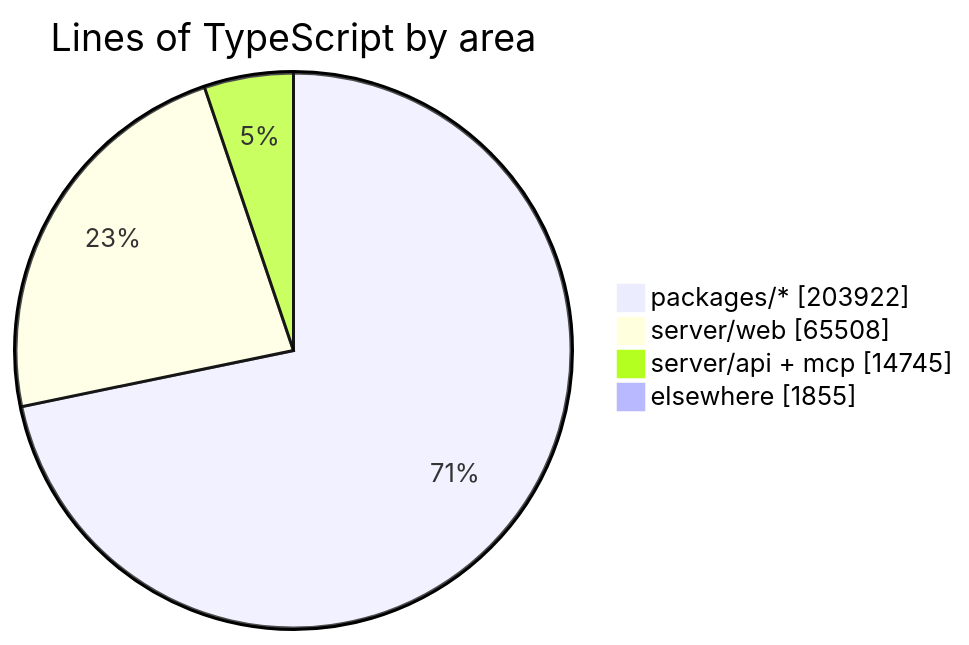
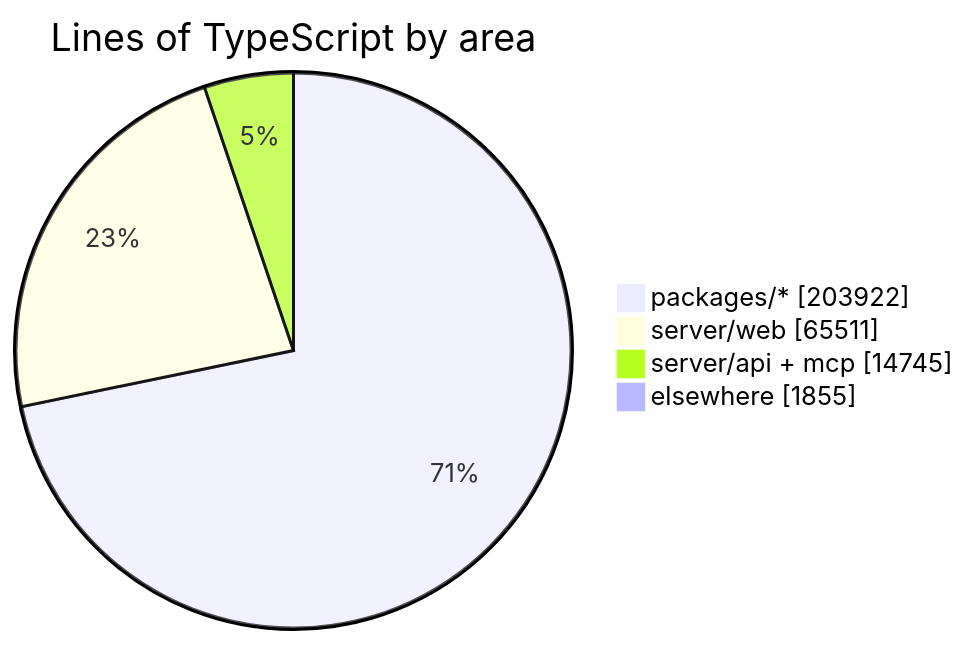
Before and after one commit to crossworks-engineering/mantle: the diagram in README.md, drawn with Mermaid. The commit also changed other lines of this file and 2 other files, not shown here.

````diff
--- a/README.md
+++ b/README.md
@@ -287,7 +287,7 @@
 ```mermaid
 pie showData title Lines of TypeScript by area
     "packages/*" : 203922
-    "server/web" : 65508
+    "server/web" : 65511
     "server/api + mcp" : 14745
     "elsewhere" : 1855
 ```
````
